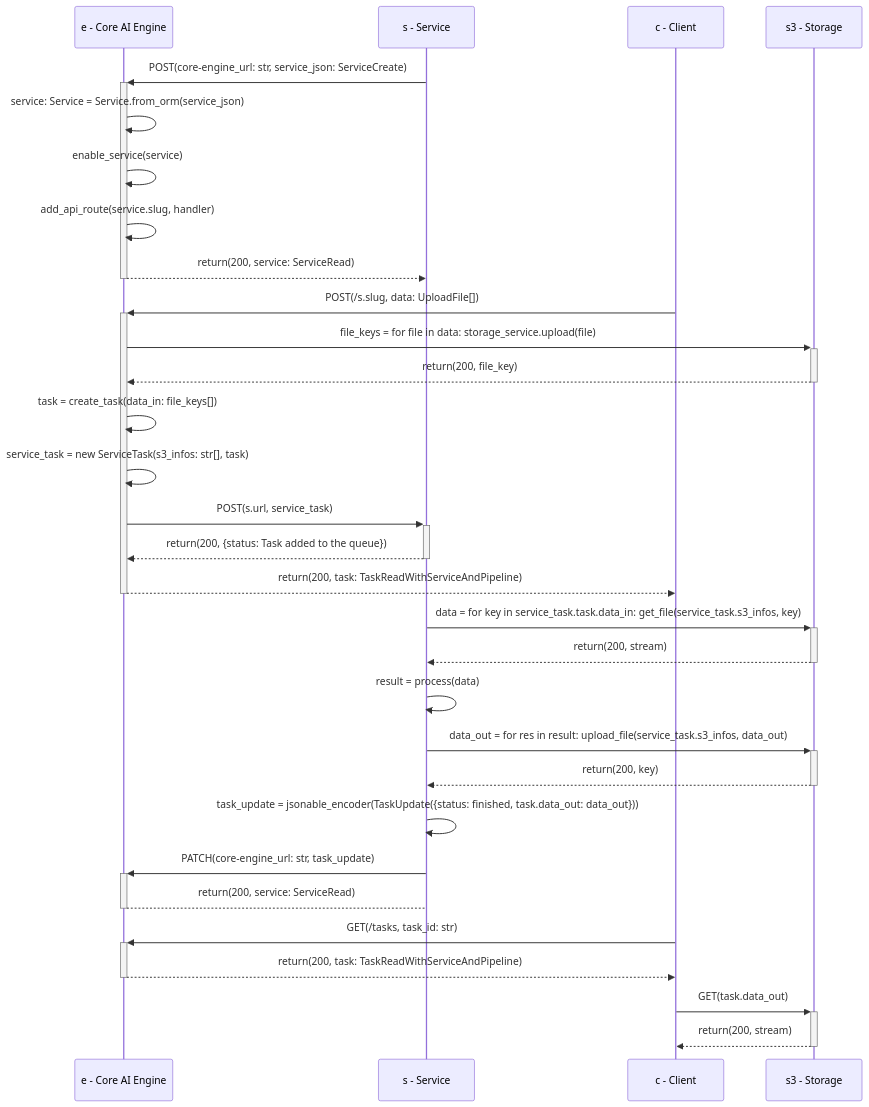
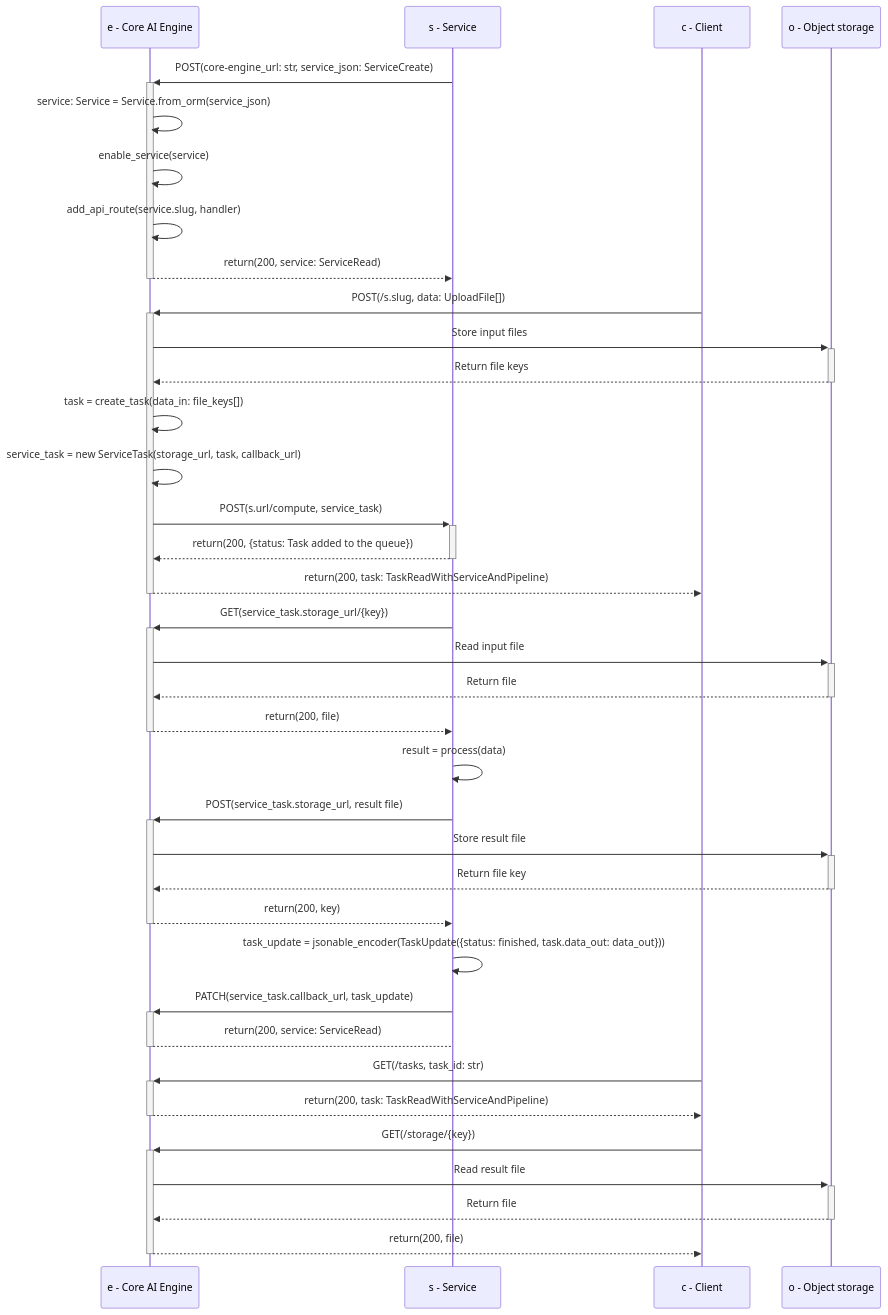
One commit to swiss-ai-center/documentation changed the third of 3 diagrams in docs/reference/core-engine.md. Above: the diagram before and after it, drawn with Mermaid. The commit also changed other lines of this file and 4 other files, not shown here.

````diff
--- a/docs/reference/core-engine.md
+++ b/docs/reference/core-engine.md
@@ -315,32 +315,38 @@
 ```mermaid
 sequenceDiagram
     participant E as e - Core AI Engine
     participant S as s - Service
     participant C as c - Client
-    participant S3 as s3 - Storage
+    participant O as o - Object storage
     S->>+E: POST(core-engine_url: str, service_json: ServiceCreate)
     E->>E: service: Service = Service.from_orm(service_json)
     E->>E: enable_service(service)
     E->>E: add_api_route(service.slug, handler)
     E-->>-S: return(200, service: ServiceRead)
     C->>+E: POST(/s.slug, data: UploadFile[])
-    E->>+S3: file_keys = for file in data: storage_service.upload(file)
-    S3-->>-E: return(200, file_key)
+    E->>+O: Store input files
+    O-->>-E: Return file keys
     E->>E: task = create_task(data_in: file_keys[])
-    E->>E: service_task = new ServiceTask(s3_infos: str[], task)
-    E->>+S: POST(s.url, service_task)
+    E->>E: service_task = new ServiceTask(storage_url, task, callback_url)
+    E->>+S: POST(s.url/compute, service_task)
     S-->>-E: return(200, {status: Task added to the queue})
     E-->>-C: return(200, task: TaskReadWithServiceAndPipeline)
-    S->>+S3: data = for key in service_task.task.data_in: get_file(service_task.s3_infos, key)
-    S3-->>-S: return(200, stream)
+    S->>+E: GET(service_task.storage_url/{key})
+    E->>+O: Read input file
+    O-->>-E: Return file
+    E-->>-S: return(200, file)
     S->>S: result = process(data)
-    S->>+S3: data_out = for res in result: upload_file(service_task.s3_infos, data_out)
-    S3-->>-S: return(200, key)
+    S->>+E: POST(service_task.storage_url, result file)
+    E->>+O: Store result file
+    O-->>-E: Return file key
+    E-->>-S: return(200, key)
     S->>S: task_update = jsonable_encoder(TaskUpdate({status: finished, task.data_out: data_out}))
-    S->>+E: PATCH(core-engine_url: str, task_update)
+    S->>+E: PATCH(service_task.callback_url, task_update)
     E-->-S: return(200, service: ServiceRead)
     C->>+E: GET(/tasks, task_id: str)
     E-->>-C: return(200, task: TaskReadWithServiceAndPipeline)
-    C->>+S3: GET(task.data_out)
-    S3-->>-C: return(200, stream)
+    C->>+E: GET(/storage/{key})
+    E->>+O: Read result file
+    O-->>-E: Return file
+    E-->>-C: return(200, file)
 ```
````
